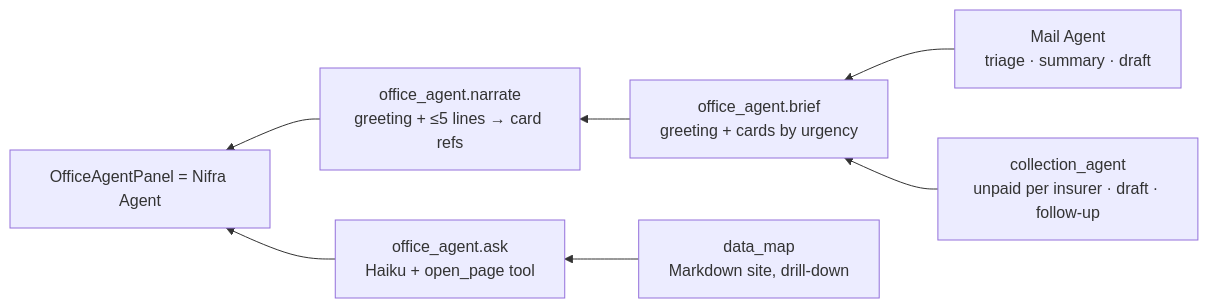
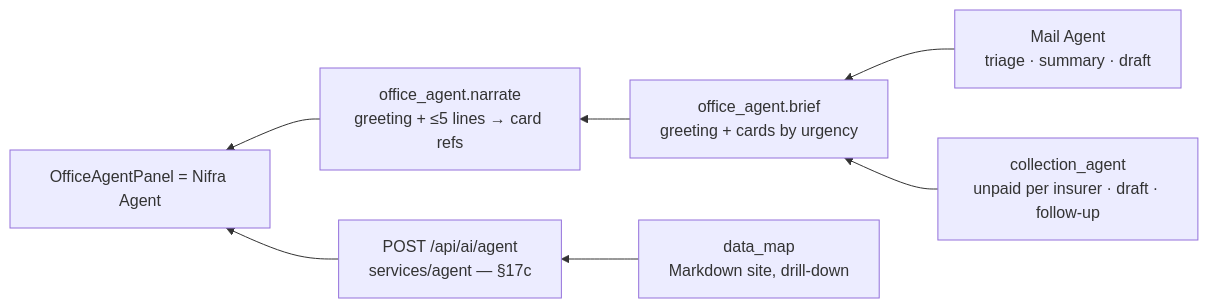
One commit to FSTGIAT/nifraim changed the seventh of 9 diagrams in docs/ARCHITECTURE.md. Above: the diagram before and after it, drawn with Mermaid. The commit also changed other lines of this file and 100 other files, not shown here.

````diff
--- a/docs/ARCHITECTURE.md
+++ b/docs/ARCHITECTURE.md
@@ -1237,9 +1238,9 @@
 ```mermaid
 flowchart RL
   MA[Mail Agent<br/>triage · summary · draft] --> OA[office_agent.brief<br/>greeting + cards by urgency]
   CA[collection_agent<br/>unpaid per insurer · draft · follow-up] --> OA
-  DM[data_map<br/>Markdown site, drill-down] --> ASK[office_agent.ask<br/>Haiku + open_page tool]
+  DM[data_map<br/>Markdown site, drill-down] --> ASK[POST /api/ai/agent<br/>services/agent — §17c]
   OA --> NR[office_agent.narrate<br/>greeting + ≤5 lines → card refs]
   NR --> UI[OfficeAgentPanel = Nifra Agent]
   ASK --> UI
 ```
````
